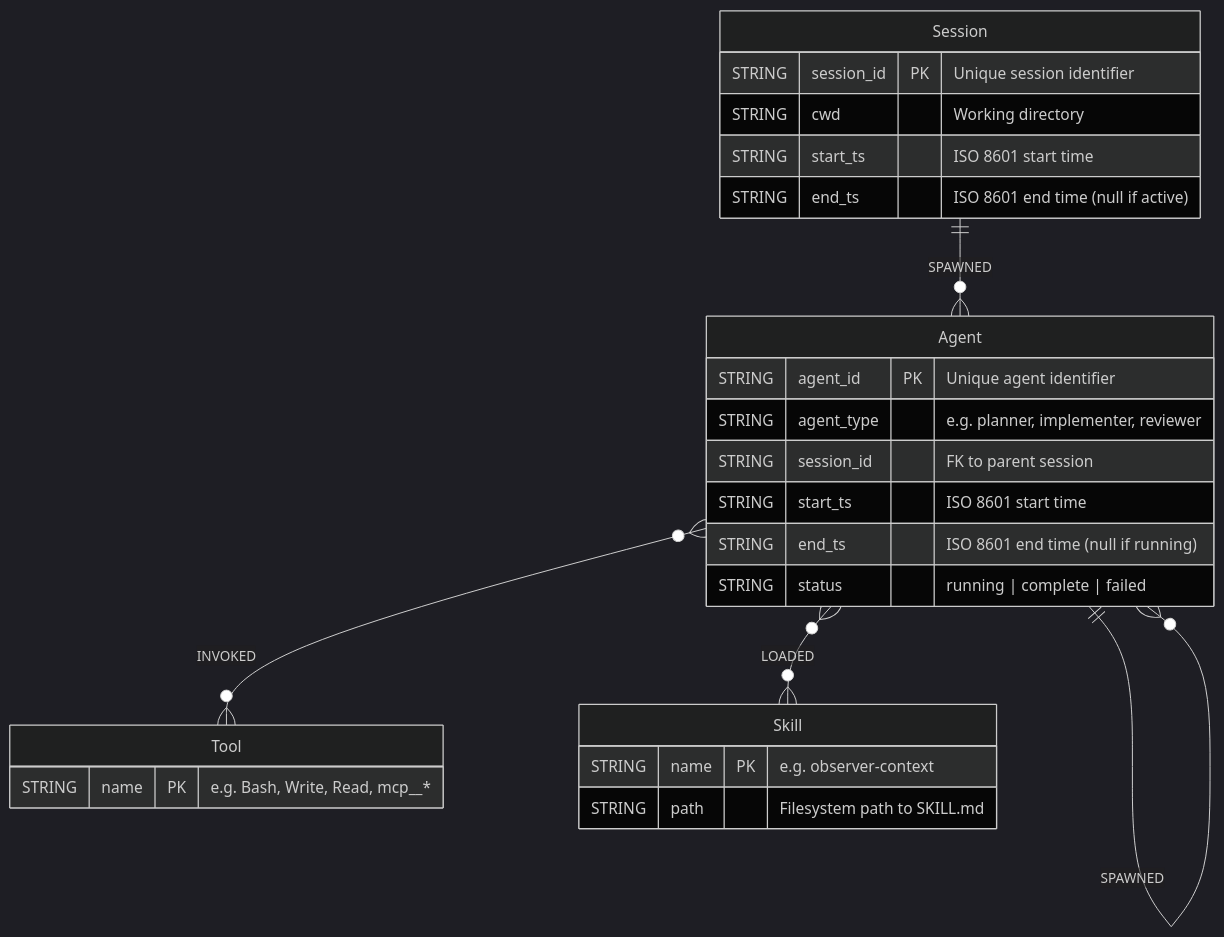
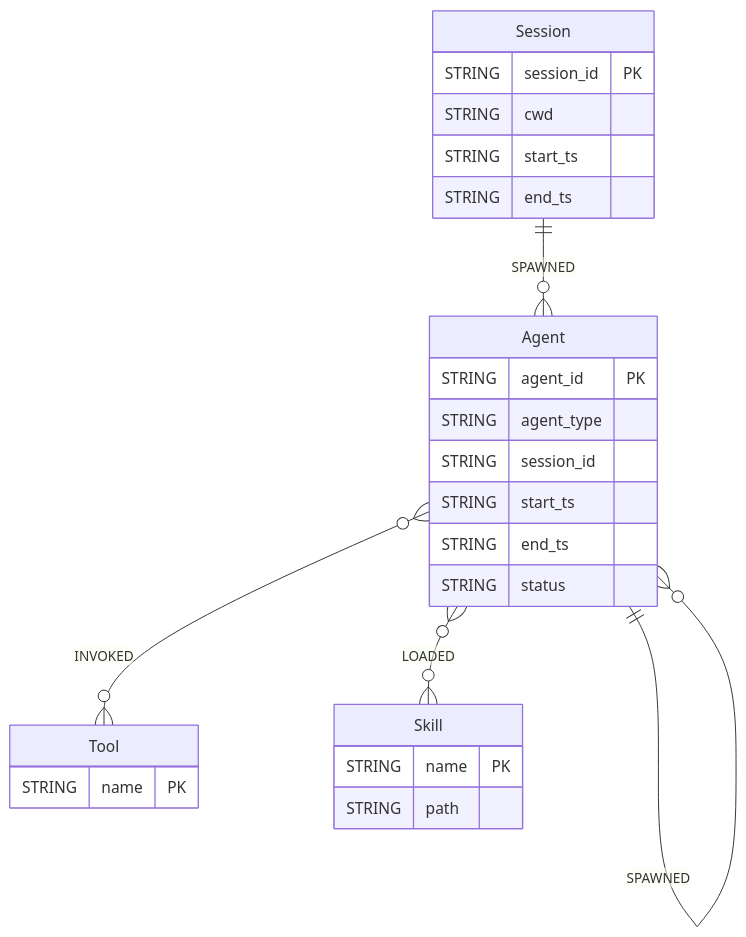
Before and after one commit to halcyondude/observable-claude: the first of 3 diagrams in docs/technical-spec.md, drawn with Mermaid. The commit also changed other lines of this file and 6 other files, not shown here.

First line of the commit message:
docs: rewrite with matt-voice, fix mermaid for github rendering

````diff
--- a/docs/technical-spec.md
+++ b/docs/technical-spec.md
@@ -12,33 +12,32 @@
 ```mermaid
-%%{init: {'theme': 'dark', 'themeVariables': {'primaryColor': '#0A9396'}}}%%
 erDiagram
     Session ||--o{ Agent : "SPAWNED"
     Agent ||--o{ Agent : "SPAWNED"
     Agent }o--o{ Tool : "INVOKED"
     Agent }o--o{ Skill : "LOADED"
 
     Session {
-        STRING session_id PK "Unique session identifier"
-        STRING cwd "Working directory"
-        STRING start_ts "ISO 8601 start time"
-        STRING end_ts "ISO 8601 end time (null if active)"
+        STRING session_id PK
+        STRING cwd
+        STRING start_ts
+        STRING end_ts
     }
 
     Agent {
-        STRING agent_id PK "Unique agent identifier"
-        STRING agent_type "e.g. planner, implementer, reviewer"
-        STRING session_id "FK to parent session"
-        STRING start_ts "ISO 8601 start time"
-        STRING end_ts "ISO 8601 end time (null if running)"
-        STRING status "running | complete | failed"
+        STRING agent_id PK
+        STRING agent_type
+        STRING session_id
+        STRING start_ts
+        STRING end_ts
+        STRING status
     }
 
     Tool {
-        STRING name PK "e.g. Bash, Write, Read, mcp__*"
+        STRING name PK
     }
 
     Skill {
-        STRING name PK "e.g. observer-context"
-        STRING path "Filesystem path to SKILL.md"
+        STRING name PK
+        STRING path
     }
 ```
````
